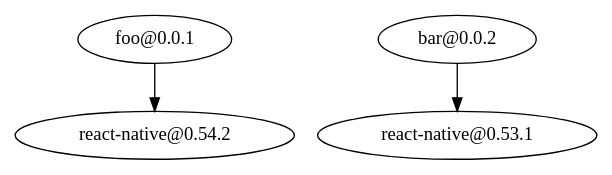
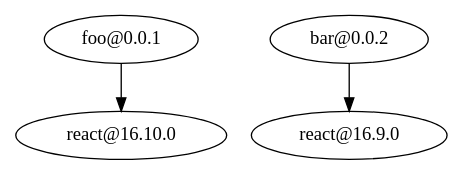
Before and after one commit to newsuk/times-components: the second of 3 diagrams in packages/depend/README.md, drawn with Graphviz. The commit also changed other lines of this file, not shown here.

````diff
--- a/packages/depend/README.md
+++ b/packages/depend/README.md
@@ -108,6 +108,6 @@
 ```dot
 digraph {
-  "foo@0.0.1" -> "react-native@0.54.2";
-  "bar@0.0.2" -> "react-native@0.53.1";
+  "foo@0.0.1" -> "react@16.10.0";
+  "bar@0.0.2" -> "react@16.9.0";
 }
 ```
````
